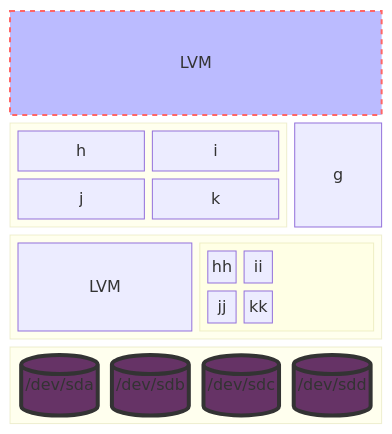
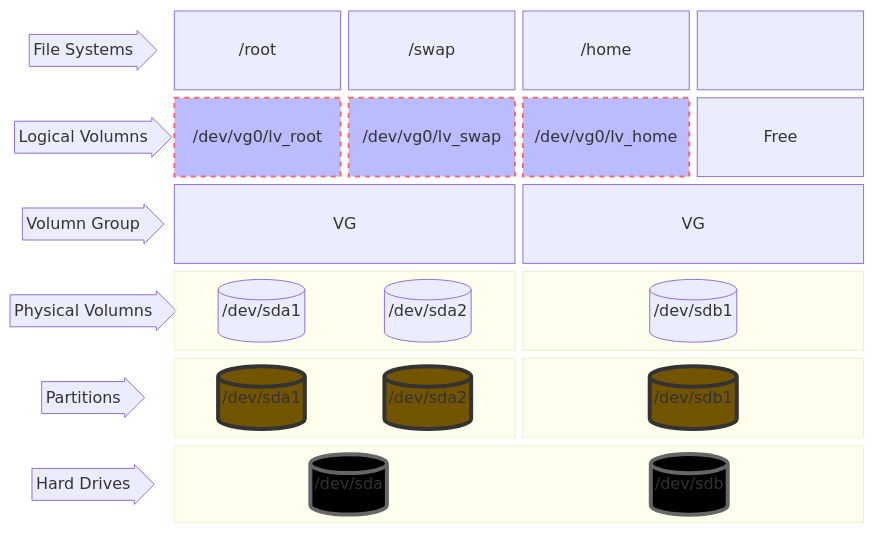
Before and after one commit to techisteps/LinuxTips: the diagram in lvm.md, drawn with Mermaid. The commit also changed other lines of this file and 2 other files, not shown here.

Commit message:
Started LVM

````diff
--- a/lvm.md
+++ b/lvm.md
@@ -5,32 +3,55 @@
-```mermaid
+``` mermaid
 block-beta
-  columns 4
-  a["LVM"]:4
+  columns 5
+  blockArrowId0<["File Systems"]>(right)
+  fs1["/root"]:1
+  fs2["/swap"]:1
+  fs3["/home"]:1
+  fs4[" "]:1
 
-  block:group1:3
-    columns 2
-    h i j k
+
+  blockArrowId1<["Logical Volumns"]>(right)
+  lv1["/dev/vg0/lv_root"]:1
+  lv2["/dev/vg0/lv_swap"]:1
+  lv3["/dev/vg0/lv_home"]:1
+  lv4["Free"]:1
+
+
+  blockArrowId2<["Volumn Group"]>(right):1
+  vg1["VG"]:2
+  vg2["VG"]:2
+
+  
+  blockArrowId3<["Physical Volumns"]>(right)
+  block:pv1:2
+    p1[("/dev/sda1")] p2[("/dev/sda2")]
+  end  
+  block:pv2:2
+    p3[("/dev/sdb1")]    
   end
 
-  g
-
-  block:test1:4
-    columns 4
-    aa["LVM"]
-    block:test2
-        columns 2
-        hh ii jj kk
-    end    
+  
+  blockArrowId4<["Partitions"]>(right)
+  block:diskpart1:2
+    dp1[("/dev/sda1")] dp2[("/dev/sda2")]
+  end
+  block:diskpart2:2
+    dp3[("/dev/sdb1")]    
   end
 
-  block:group2:4
-    %% columns auto (default)
-    sa[("/dev/sda")] sb[("/dev/sdb")] sc[("/dev/sdc")] sd[("/dev/sdd")]
+
+  blockArrowId5<["Hard Drives"]>(right)
+  block:disk:4
+    d1[("/dev/sda")] d2[("/dev/sdb")]
   end
 
-  classDef db fill:#636,stroke:#333,stroke-width:4px
-  class sa,sb,sc,sd db
+
+  classDef disk fill:#000,stroke:#666,stroke-width:4px
+  class d1,d2 disk
+
+  classDef diskpart fill:#735400,stroke:#333,stroke-width:4px
+  class dp1,dp2,dp3 diskpart
   
-  style a fill:#bbf,stroke:#f66,stroke-width:2px,color:#fff,stroke-dasharray: 5 5
-
+  classDef lvs fill:#bbf,stroke:#f66,stroke-width:2px,color:#fff,stroke-dasharray: 5 5
+  class lv1,lv2,lv3 lvs
 ```
````
